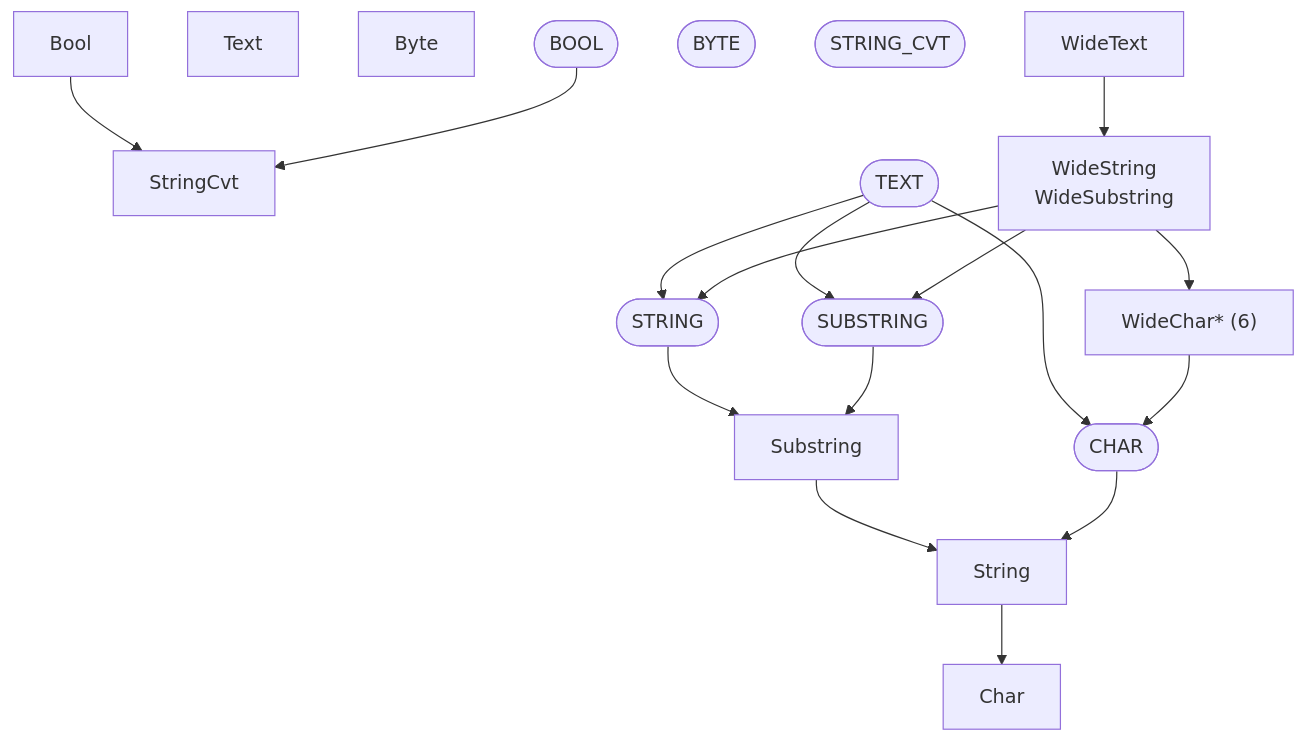
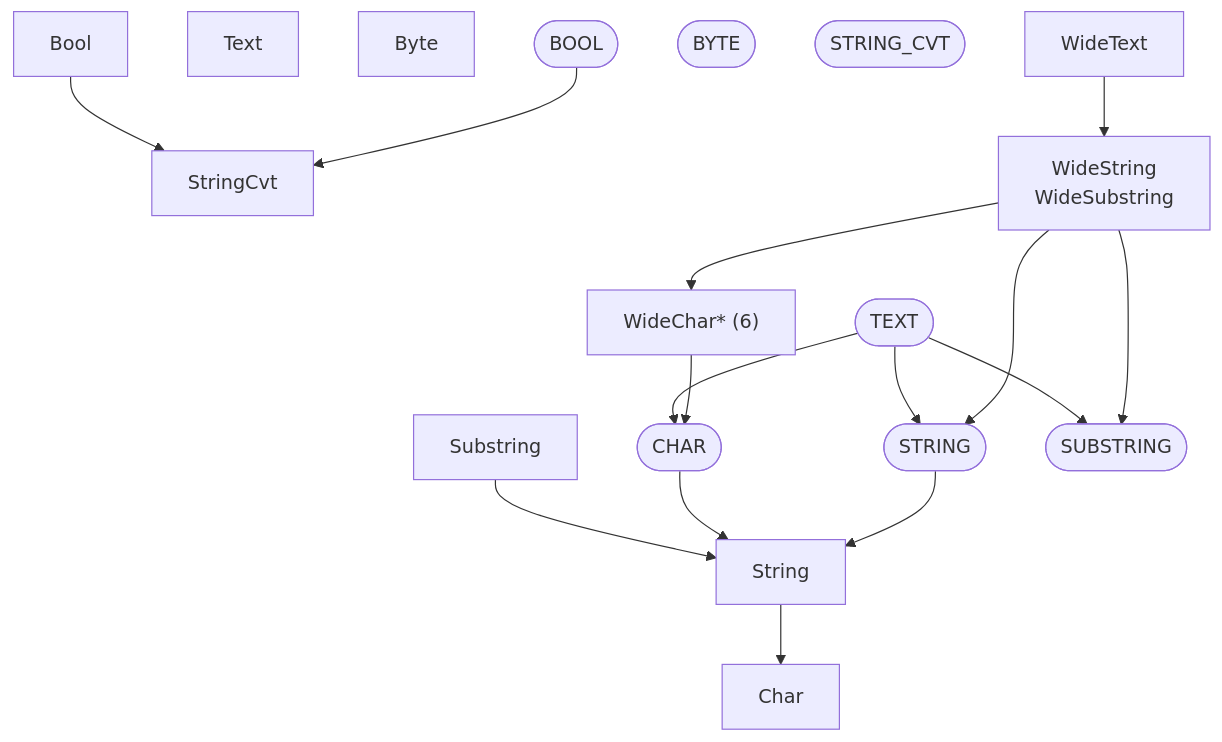
One commit to ruudkoot/rune changed the third of 9 diagrams in docs/generated/basis/depends.md. Above: the diagram before and after it, drawn with Mermaid. The commit also changed other lines of this file and 15 other files, not shown here.

````diff
--- a/docs/generated/basis/depends.md
+++ b/docs/generated/basis/depends.md
@@ -74,35 +74,34 @@
 ```mermaid
 flowchart TD
   n1["StringCvt"]
   n2["Bool"]
   n19["Char"]
   n20["String"]
   n29["Substring"]
   n58["Text"]
   n74["Byte"]
   n93(["BOOL"])
   n94(["BYTE"])
   n95(["CHAR"])
   n121(["STRING"])
   n122(["STRING_CVT"])
   n123(["SUBSTRING"])
   n133(["TEXT"])
   n145["WideChar* (6)"]
   n146["WideString<br>WideSubstring"]
   n147["WideText"]
   n2 --> n1
   n20 --> n19
   n29 --> n20
   n93 --> n1
   n95 --> n20
-  n121 --> n29
-  n123 --> n29
+  n121 --> n20
   n133 --> n95
   n133 --> n121
   n133 --> n123
   n145 --> n95
   n146 --> n145
   n146 --> n121
   n146 --> n123
   n147 --> n146
 ```
````
